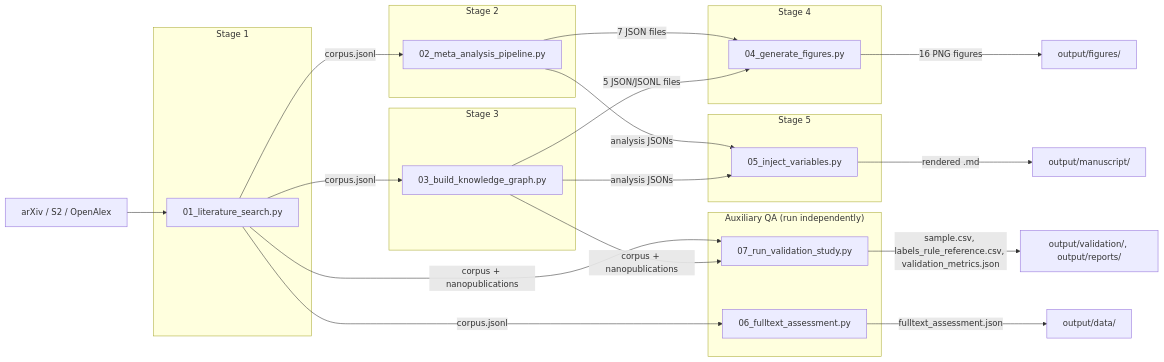
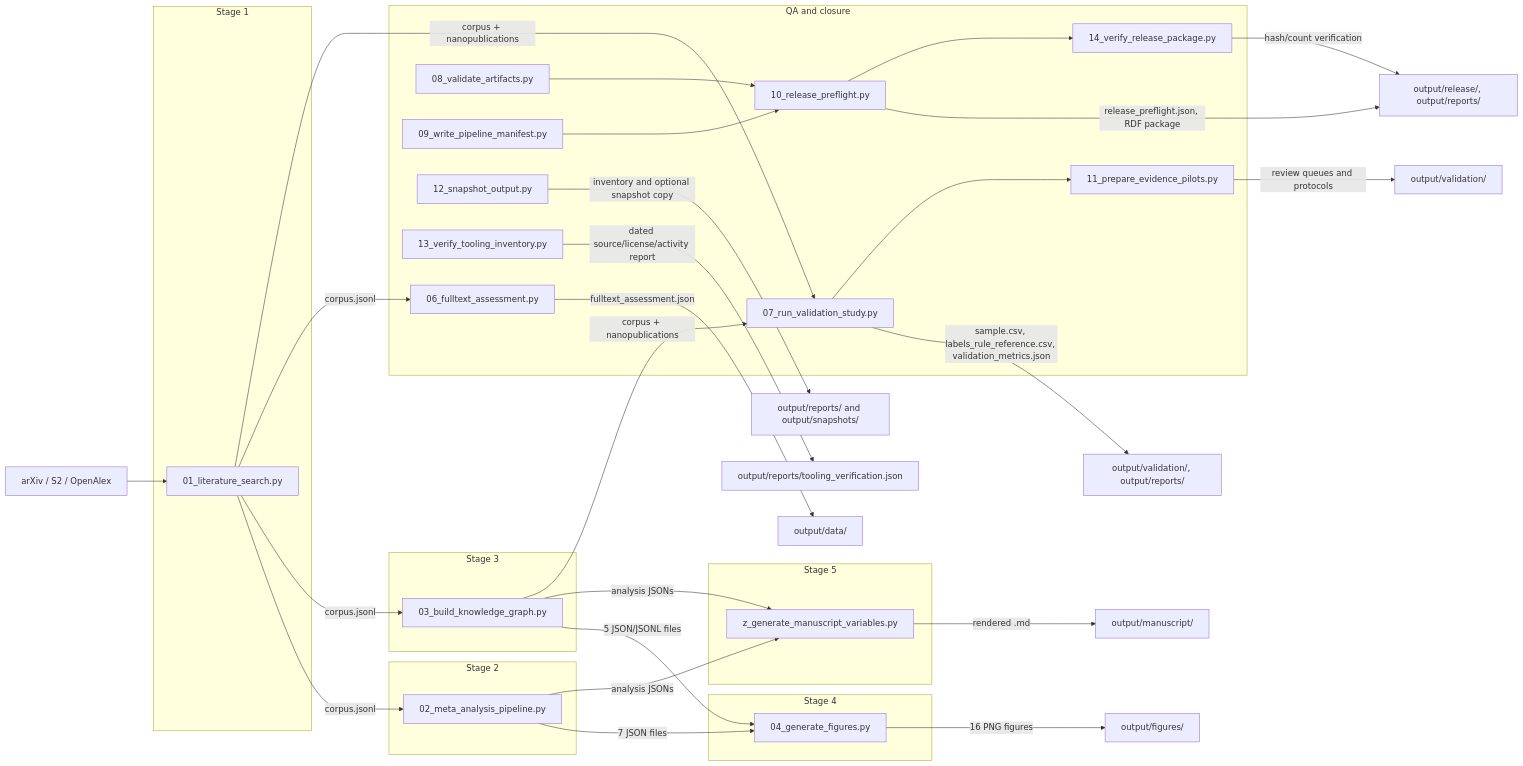
One commit to ActiveInferenceInstitute/act_inf_metaanalysis changed the diagram in doc/README.md. Above: the diagram before and after it, drawn with Mermaid. The commit also changed other lines of this file and 124 other files, not shown here.

````diff
--- a/doc/README.md
+++ b/doc/README.md
@@ -57,35 +70,50 @@
 ```mermaid
 flowchart LR
     subgraph "Stage 1"
         S1["01_literature_search.py"]
     end
     subgraph "Stage 2"
         S2["02_meta_analysis_pipeline.py"]
     end
     subgraph "Stage 3"
         S3["03_build_knowledge_graph.py"]
     end
     subgraph "Stage 4"
         S4["04_generate_figures.py"]
     end
     subgraph "Stage 5"
-        S5["05_inject_variables.py"]
+        S5["z_generate_manuscript_variables.py"]
     end
-    subgraph "Auxiliary QA (run independently)"
+    subgraph "QA and closure"
         S6["06_fulltext_assessment.py"]
         S7["07_run_validation_study.py"]
+        S8["08_validate_artifacts.py"]
+        S9["09_write_pipeline_manifest.py"]
+        S10["10_release_preflight.py"]
+        S11["11_prepare_evidence_pilots.py"]
+        S12["12_snapshot_output.py"]
+        S13["13_verify_tooling_inventory.py"]
+        S14["14_verify_release_package.py"]
     end
 
     APIs["arXiv / S2 / OpenAlex"] --> S1
     S1 -->|corpus.jsonl| S2
     S1 -->|corpus.jsonl| S3
     S2 -->|7 JSON files| S4
     S3 -->|5 JSON/JSONL files| S4
     S4 -->|16 PNG figures| Figs["output/figures/"]
     S2 & S3 -->|analysis JSONs| S5
     S5 -->|rendered .md| MS["output/manuscript/"]
     S1 -->|corpus.jsonl| S6
     S6 -->|fulltext_assessment.json| Data["output/data/"]
     S1 & S3 -->|corpus + nanopublications| S7
     S7 -->|sample.csv, labels_rule_reference.csv, validation_metrics.json| Val["output/validation/, output/reports/"]
+    S8 & S9 --> S10
+    S10 -->|release_preflight.json, RDF package| Rel["output/release/, output/reports/"]
+    S7 --> S11
+    S11 -->|review queues and protocols| Pilot["output/validation/"]
+    S12 -->|inventory and optional snapshot copy| Snap["output/reports/ and output/snapshots/"]
+    S13 -->|dated source/license/activity report| Tool["output/reports/tooling_verification.json"]
+    S10 --> S14
+    S14 -->|hash/count verification| Rel
 ```
````
